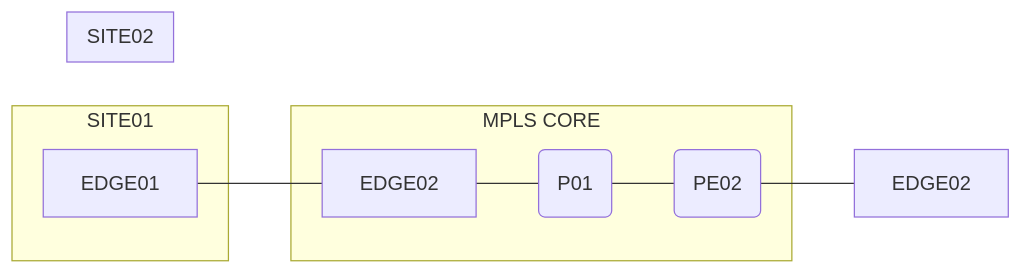
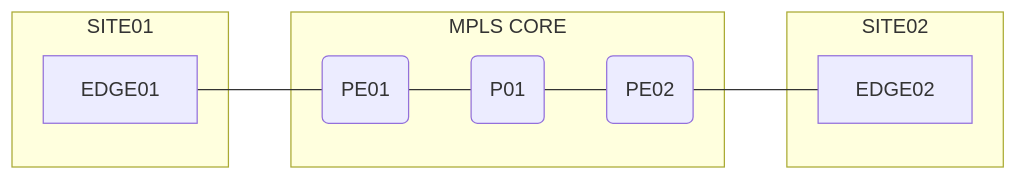
Before and after one commit to jnaranjom/iac_network_deployment: the diagram in diagrams/network_diagram.md, drawn with Mermaid.

````diff
--- a/diagrams/network_diagram.md
+++ b/diagrams/network_diagram.md
@@ -7,15 +7,15 @@
 ```mermaid
 flowchart LR
     subgraph SITE01
     A[EDGE01]
     end
     A[EDGE01] --- B(PE01)
     subgraph MPLS CORE
     B --- C(P01)
     C --- D(PE02)
     end
     D --- E[EDGE02]
     subgraph SITE02
-    B[EDGE02]
+    E[EDGE02]
     end
 ```
````
